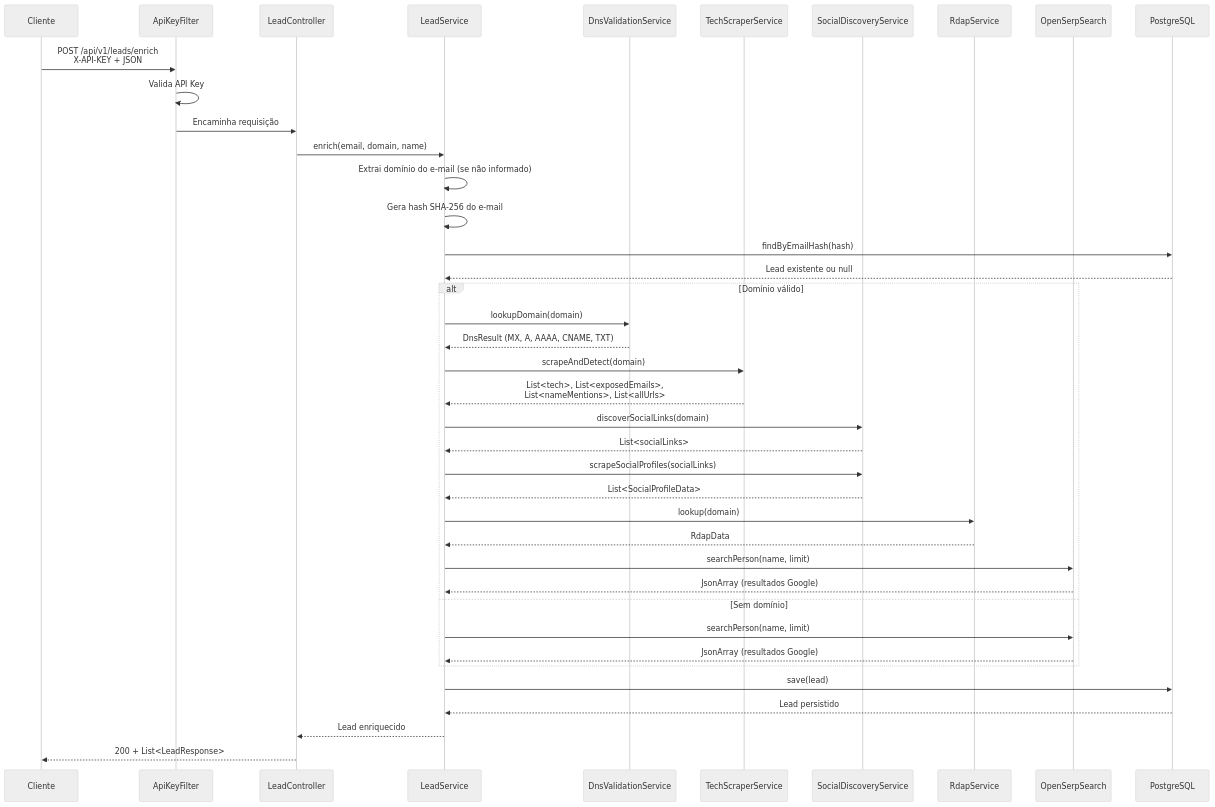
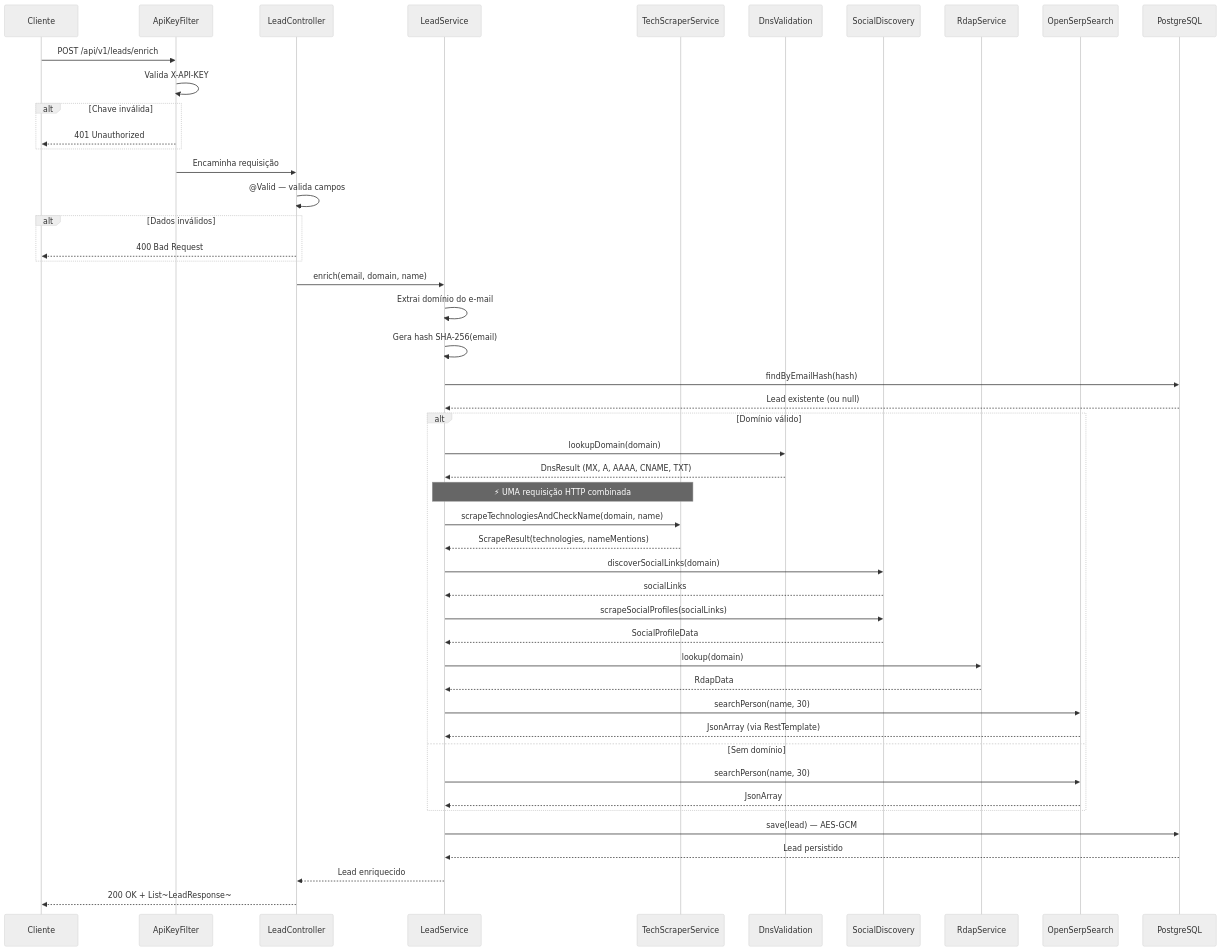
The third of 3 diagrams in docs/architecture.md (pdrodavi/lead-enrichment-api), drawn with Mermaid (neutral theme) before and after one commit. The commit also changed other lines of this file and 32 other files, not shown here.

````diff
--- a/docs/architecture.md
+++ b/docs/architecture.md
@@ -105,53 +137,58 @@
 ```mermaid
 sequenceDiagram
     participant C as Cliente
     participant AK as ApiKeyFilter
     participant LC as LeadController
     participant LS as LeadService
-    participant DNS as DnsValidationService
     participant TSS as TechScraperService
-    participant SDS as SocialDiscoveryService
+    participant DNS as DnsValidation
+    participant SDS as SocialDiscovery
     participant RS as RdapService
     participant OSS as OpenSerpSearch
     participant DB as PostgreSQL
 
-    C->>AK: POST /api/v1/leads/enrich<br/>X-API-KEY + JSON
-    AK->>AK: Valida API Key
+    C->>AK: POST /api/v1/leads/enrich
+    AK->>AK: Valida X-API-KEY
+    alt Chave inválida
+        AK-->>C: 401 Unauthorized
+    end
     AK->>LC: Encaminha requisição
-
+    LC->>LC: @Valid — valida campos
+    alt Dados inválidos
+        LC-->>C: 400 Bad Request
+    end
     LC->>LS: enrich(email, domain, name)
-
-    LS->>LS: Extrai domínio do e-mail (se não informado)
-    LS->>LS: Gera hash SHA-256 do e-mail
+    LS->>LS: Extrai domínio do e-mail
+    LS->>LS: Gera hash SHA-256(email)
     LS->>DB: findByEmailHash(hash)
-    DB-->>LS: Lead existente ou null
+    DB-->>LS: Lead existente (ou null)
 
     alt Domínio válido
         LS->>DNS: lookupDomain(domain)
         DNS-->>LS: DnsResult (MX, A, AAAA, CNAME, TXT)
 
-        LS->>TSS: scrapeAndDetect(domain)
-        TSS-->>LS: List<tech>, List<exposedEmails>,<br/>List<nameMentions>, List<allUrls>
+        Note over LS,TSS: ⚡ UMA requisição HTTP combinada
+        LS->>TSS: scrapeTechnologiesAndCheckName(domain, name)
+        TSS-->>LS: ScrapeResult(technologies, nameMentions)
 
         LS->>SDS: discoverSocialLinks(domain)
-        SDS-->>LS: List<socialLinks>
-
+        SDS-->>LS: socialLinks
         LS->>SDS: scrapeSocialProfiles(socialLinks)
-        SDS-->>LS: List<SocialProfileData>
+        SDS-->>LS: SocialProfileData
 
         LS->>RS: lookup(domain)
         RS-->>LS: RdapData
 
-        LS->>OSS: searchPerson(name, limit)
-        OSS-->>LS: JsonArray (resultados Google)
+        LS->>OSS: searchPerson(name, 30)
+        OSS-->>LS: JsonArray (via RestTemplate)
     else Sem domínio
-        LS->>OSS: searchPerson(name, limit)
-        OSS-->>LS: JsonArray (resultados Google)
+        LS->>OSS: searchPerson(name, 30)
+        OSS-->>LS: JsonArray
     end
 
-    LS->>DB: save(lead)
+    LS->>DB: save(lead) — AES-GCM
     DB-->>LS: Lead persistido
 
     LS-->>LC: Lead enriquecido
-    LC-->>C: 200 + List<LeadResponse>
+    LC-->>C: 200 OK + List~LeadResponse~
 ```
````
